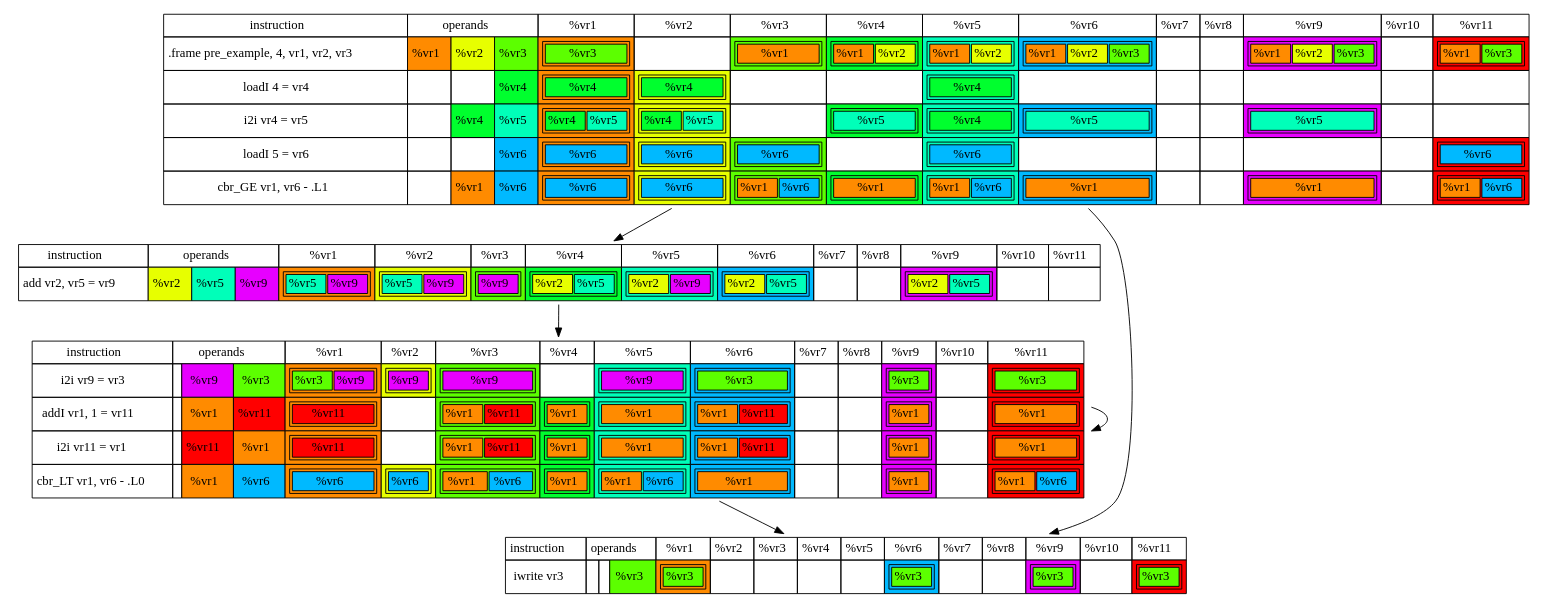
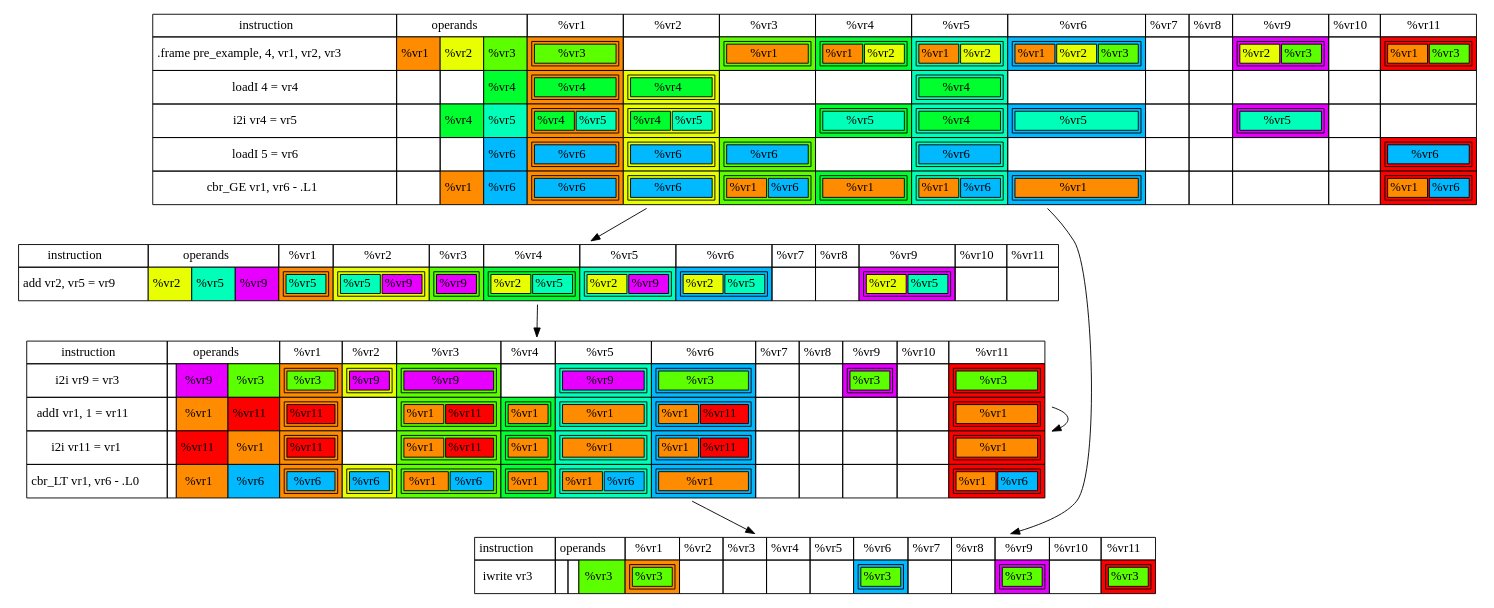
One commit to DevinR528/iloc-opt changed the diagram in boo.dot. Above: the diagram before and after it, drawn with Graphviz. The commit also changed 13 other files, not shown here.

```diff
--- a/boo.dot
+++ b/boo.dot
@@ -46,7 +46,6 @@
 <td></td>
 <td></td>
     <td  bgcolor = "0.81818175 1 1"><table><tr>
-    <td bgcolor = "0.090909086 1 1">%vr1</td>
     <td bgcolor = "0.18181817 1 1">%vr2</td>
     <td bgcolor = "0.27272728 1 1">%vr3</td>
 </tr></table>
@@ -182,10 +181,7 @@
 </td>
 <td></td>
 <td></td>
-    <td  bgcolor = "0.81818175 1 1"><table><tr>
-    <td bgcolor = "0.090909086 1 1">%vr1</td>
-</tr></table>
-</td>
+<td></td>
 <td></td>
     <td  bgcolor = "1 1 1"><table><tr>
     <td bgcolor = "0.090909086 1 1">%vr1</td>
@@ -217,7 +213,6 @@
     <td bgcolor = "0.81818175 1 1">%vr9</td>
     <td  bgcolor = "0.090909086 1 1"><table><tr>
     <td bgcolor = "0.45454544 1 1">%vr5</td>
-    <td bgcolor = "0.81818175 1 1">%vr9</td>
 </tr></table>
 </td>
     <td  bgcolor = "0.18181817 1 1"><table><tr>
@@ -277,7 +272,6 @@
     <td bgcolor = "0.27272728 1 1">%vr3</td>
     <td  bgcolor = "0.090909086 1 1"><table><tr>
     <td bgcolor = "0.27272728 1 1">%vr3</td>
-    <td bgcolor = "0.81818175 1 1">%vr9</td>
 </tr></table>
 </td>
     <td  bgcolor = "0.18181817 1 1"><table><tr>
@@ -338,10 +332,7 @@
 </td>
 <td></td>
 <td></td>
-    <td  bgcolor = "0.81818175 1 1"><table><tr>
-    <td bgcolor = "0.090909086 1 1">%vr1</td>
-</tr></table>
-</td>
+<td></td>
 <td></td>
     <td  bgcolor = "1 1 1"><table><tr>
     <td bgcolor = "0.090909086 1 1">%vr1</td>
@@ -377,10 +368,7 @@
 </td>
 <td></td>
 <td></td>
-    <td  bgcolor = "0.81818175 1 1"><table><tr>
-    <td bgcolor = "0.090909086 1 1">%vr1</td>
-</tr></table>
-</td>
+<td></td>
 <td></td>
     <td  bgcolor = "1 1 1"><table><tr>
     <td bgcolor = "0.090909086 1 1">%vr1</td>
@@ -419,10 +407,7 @@
 </td>
 <td></td>
 <td></td>
-    <td  bgcolor = "0.81818175 1 1"><table><tr>
-    <td bgcolor = "0.090909086 1 1">%vr1</td>
-</tr></table>
-</td>
+<td></td>
 <td></td>
     <td  bgcolor = "1 1 1"><table><tr>
     <td bgcolor = "0.090909086 1 1">%vr1</td>
```
